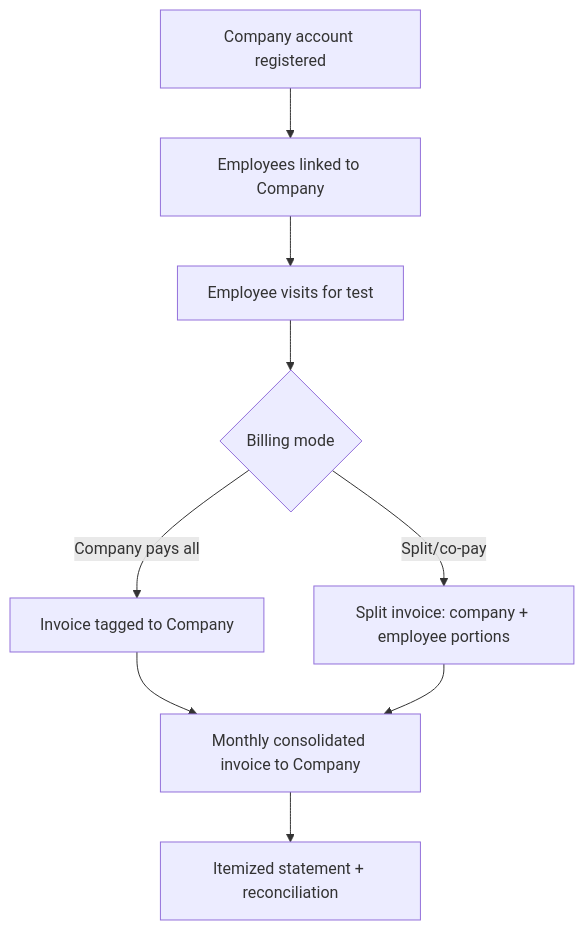
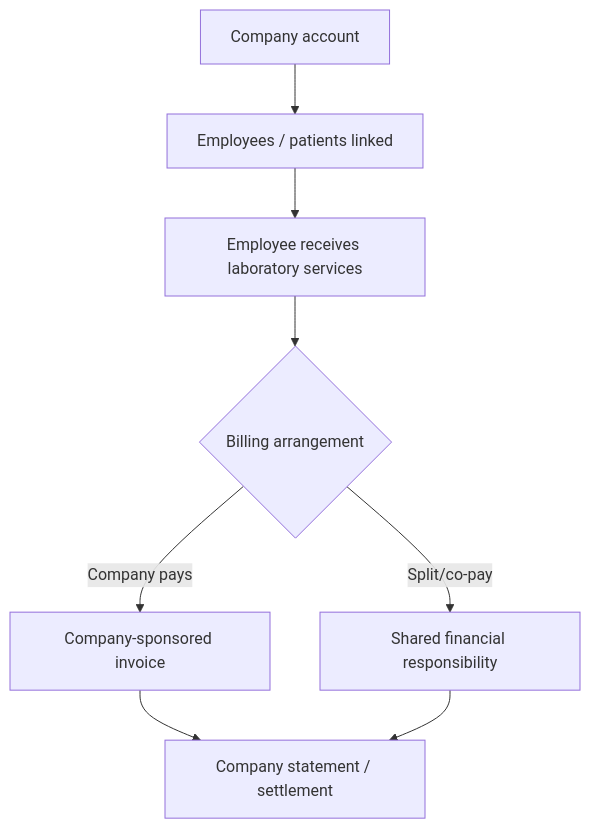
One commit to zaighaumrana/lab-software changed the ninth of 13 diagrams in docs/03_Core_Domain_Design.md. Above: the diagram before and after it, drawn with Mermaid. The commit also changed other lines of this file, not shown here.

````diff
--- a/docs/03_Core_Domain_Design.md
+++ b/docs/03_Core_Domain_Design.md
@@ -364,11 +799,10 @@
 ```mermaid
 flowchart TD
-    A[Company account registered] --> B[Employees linked to Company]
-    B --> C[Employee visits for test]
-    C --> D{Billing mode}
-    D -->|Company pays all| E[Invoice tagged to Company]
-    D -->|Split/co-pay| F[Split invoice: company + employee portions]
-    E --> G[Monthly consolidated invoice to Company]
+    A[Company account] --> B[Employees / patients linked]
+    B --> C[Employee receives laboratory services]
+    C --> D{Billing arrangement}
+    D -->|Company pays| E[Company-sponsored invoice]
+    D -->|Split/co-pay| F[Shared financial responsibility]
+    E --> G[Company statement / settlement]
     F --> G
-    G --> H[Itemized statement + reconciliation]
 ```
````
